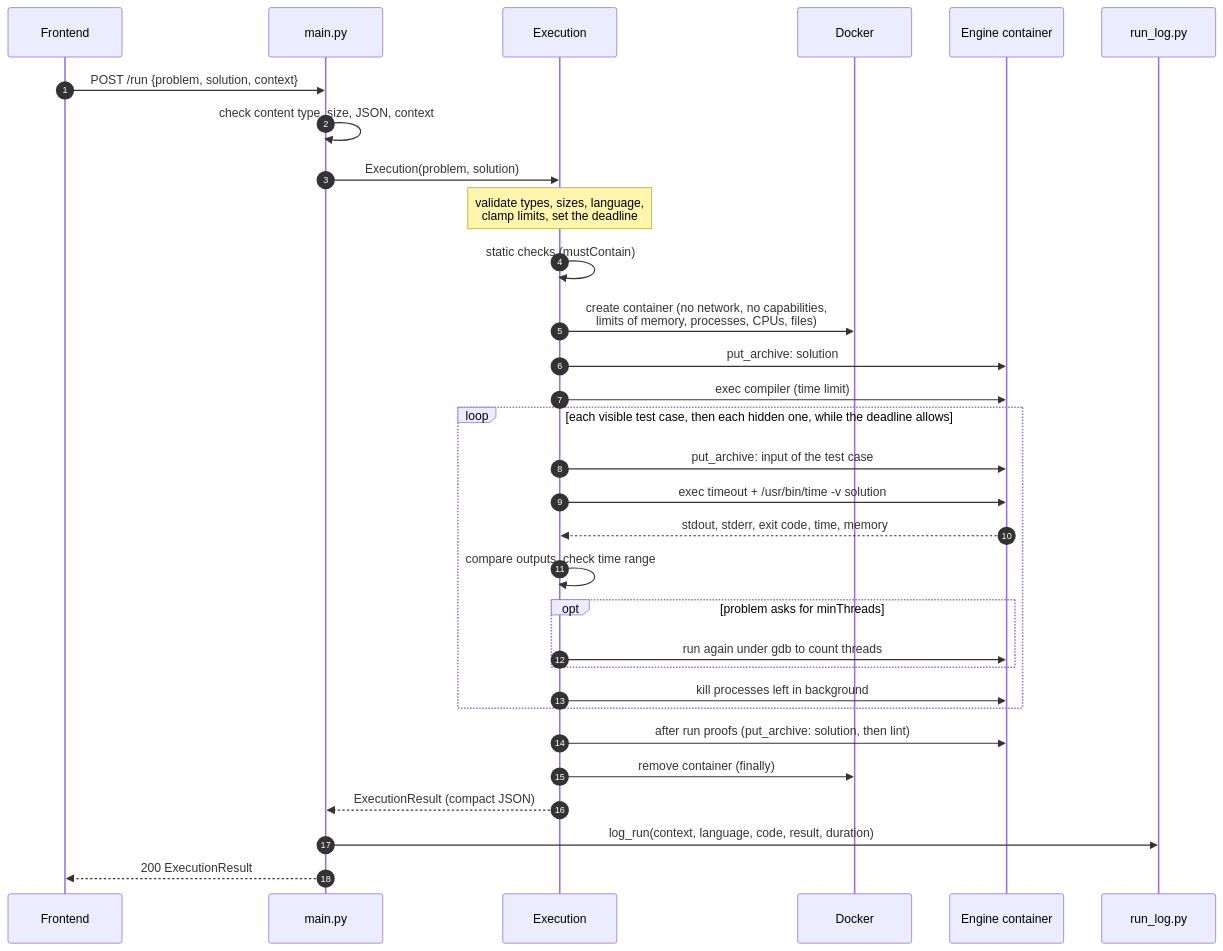
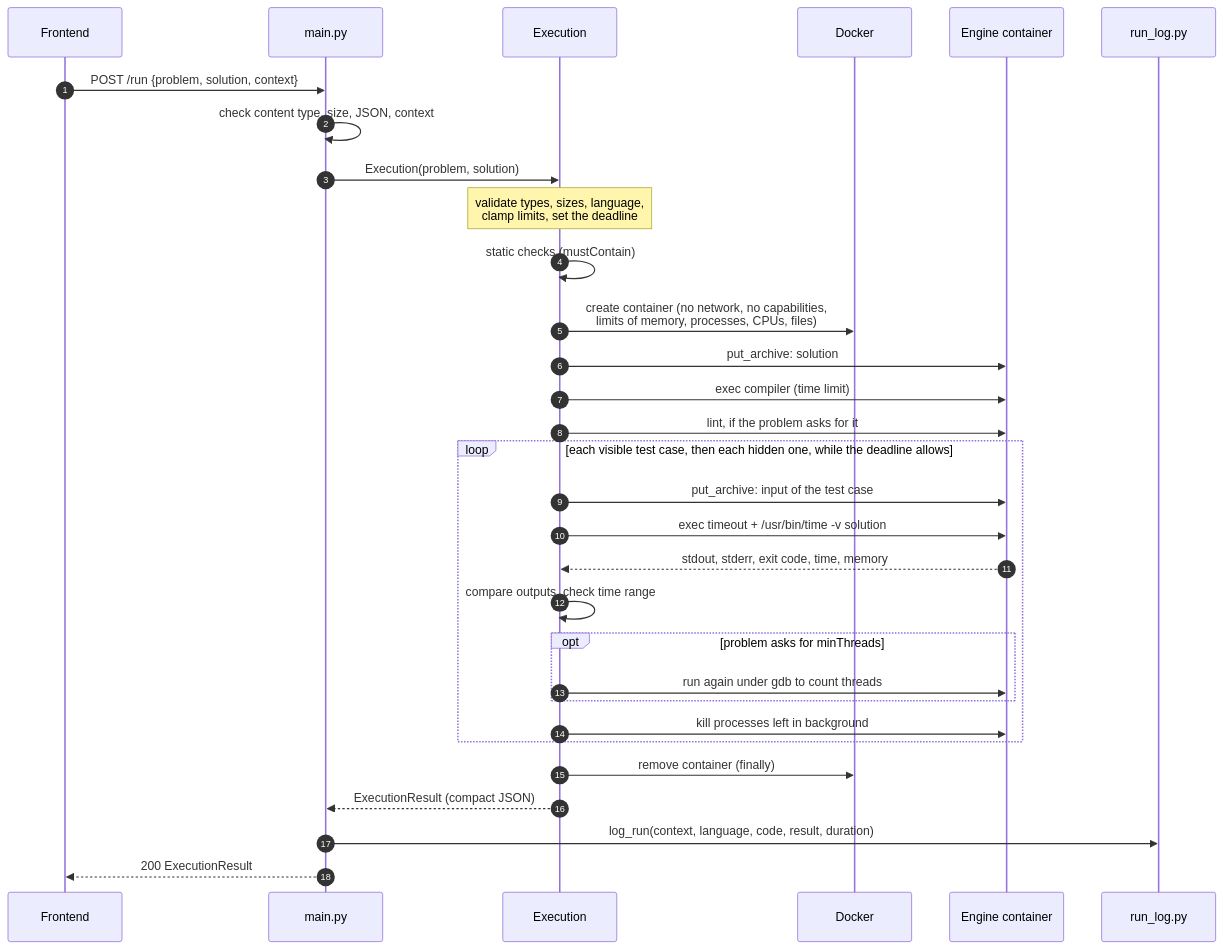
Before and after one commit to citic/vygoj: the diagram in backend/design/execution.mmd, drawn with Mermaid. The commit also changed 2 other files, not shown here.

Commit message:
Lint before the test cases and hide the times of hidden test cases
A second review of #104 found that a hidden test case could still show
what it read: it could leave files that the linter reads after the test
cases (a CPPLINT.cfg whose invalid options cpplint prints, or a Python
module of the user that cpplint runs), even with the solution copied
again, and it could encode it in its wall and CPU times.

- The linter runs right after compiling, before any test case, and a
  solution that it rejects is still a compilerError whatever its test
  cases did. The second copy of the solution is not needed anymore.
- Hidden test cases have no times either, also in maxWallTime; their
  status still tells a timeout.

```diff
--- a/backend/design/execution.mmd
+++ b/backend/design/execution.mmd
@@ -1,34 +1,34 @@
 %% The backend judges a submission (Execution.execute() in src/execution.py). Any failure stops
 %% the run with its verdict (FailedSolution), and the container is always removed
 sequenceDiagram
     autonumber
     participant Frontend
     participant Main as main.py
     participant Execution as Execution
     participant Docker
     participant Container as Engine container
     participant Log as run_log.py
 
     Frontend->>Main: POST /run {problem, solution, context}
     Main->>Main: check content type, size, JSON, context
     Main->>Execution: Execution(problem, solution)
     Note over Execution: validate types, sizes, language,<br>clamp limits, set the deadline
     Execution->>Execution: static checks (mustContain)
     Execution->>Docker: create container (no network, no capabilities,<br>limits of memory, processes, CPUs, files)
     Execution->>Container: put_archive: solution
     Execution->>Container: exec compiler (time limit)
+    Execution->>Container: lint, if the problem asks for it
     loop each visible test case, then each hidden one, while the deadline allows
         Execution->>Container: put_archive: input of the test case
         Execution->>Container: exec timeout + /usr/bin/time -v solution
         Container-->>Execution: stdout, stderr, exit code, time, memory
         Execution->>Execution: compare outputs, check time range
         opt problem asks for minThreads
             Execution->>Container: run again under gdb to count threads
         end
         Execution->>Container: kill processes left in background
     end
-    Execution->>Container: after run proofs (put_archive: solution, then lint)
     Execution->>Docker: remove container (finally)
     Execution-->>Main: ExecutionResult (compact JSON)
     Main->>Log: log_run(context, language, code, result, duration)
     Main-->>Frontend: 200 ExecutionResult
```
